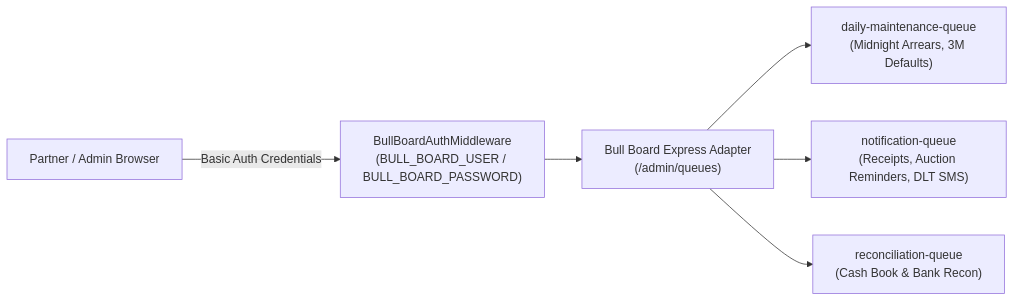
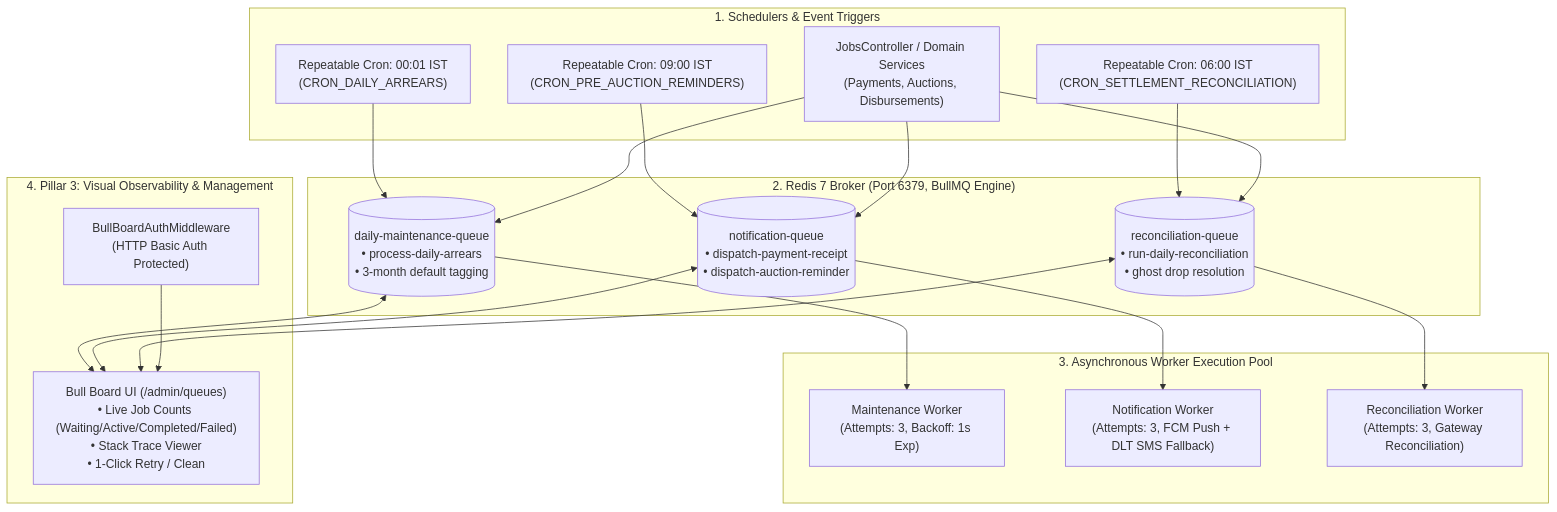
The fifth of 6 diagrams in docs/03-architecture/observability-and-monitoring-architecture.md (Kathir-24/Kumaran-finance), drawn with Mermaid before and after one commit. The commit also changed other lines of this file, not shown here.

````diff
--- a/docs/03-architecture/observability-and-monitoring-architecture.md
+++ b/docs/03-architecture/observability-and-monitoring-architecture.md
@@ -170,8 +224,37 @@
 ```mermaid
-flowchart LR
-    Admin["Partner / Admin Browser"] -->|Basic Auth Credentials| Middleware["BullBoardAuthMiddleware\n(BULL_BOARD_USER / BULL_BOARD_PASSWORD)"]
-    Middleware --> UI["Bull Board Express Adapter\n(/admin/queues)"]
-    UI --> Q1["daily-maintenance-queue\n(Midnight Arrears, 3M Defaults)"]
-    UI --> Q2["notification-queue\n(Receipts, Auction Reminders, DLT SMS)"]
-    UI --> Q3["reconciliation-queue\n(Cash Book & Bank Recon)"]
+flowchart TD
+    subgraph PRODUCERS["1. Schedulers & Event Triggers"]
+        C1["Repeatable Cron: 00:01 IST\n(CRON_DAILY_ARREARS)"]
+        C2["Repeatable Cron: 06:00 IST\n(CRON_SETTLEMENT_RECONCILIATION)"]
+        C3["Repeatable Cron: 09:00 IST\n(CRON_PRE_AUCTION_REMINDERS)"]
+        API["JobsController / Domain Services\n(Payments, Auctions, Disbursements)"]
+    end
+
+    subgraph REDIS["2. Redis 7 Broker (Port 6379, BullMQ Engine)"]
+        Q1[("daily-maintenance-queue\n• process-daily-arrears\n• 3-month default tagging")]
+        Q2[("notification-queue\n• dispatch-payment-receipt\n• dispatch-auction-reminder")]
+        Q3[("reconciliation-queue\n• run-daily-reconciliation\n• ghost drop resolution")]
+    end
+
+    subgraph WORKERS["3. Asynchronous Worker Execution Pool"]
+        W1["Maintenance Worker\n(Attempts: 3, Backoff: 1s Exp)"]
+        W2["Notification Worker\n(Attempts: 3, FCM Push + DLT SMS Fallback)"]
+        W3["Reconciliation Worker\n(Attempts: 3, Gateway Reconciliation)"]
+    end
+
+    subgraph UI["4. Pillar 3: Visual Observability & Management"]
+        AUTH["BullBoardAuthMiddleware\n(HTTP Basic Auth Protected)"]
+        BOARD["Bull Board UI (/admin/queues)\n• Live Job Counts (Waiting/Active/Completed/Failed)\n• Stack Trace Viewer\n• 1-Click Retry / Clean"]
+    end
+
+    C1 & API --> Q1
+    C2 & API --> Q3
+    C3 & API --> Q2
+
+    Q1 --> W1
+    Q2 --> W2
+    Q3 --> W3
+
+    Q1 & Q2 & Q3 <--> BOARD
+    AUTH --> BOARD
 ```
````
